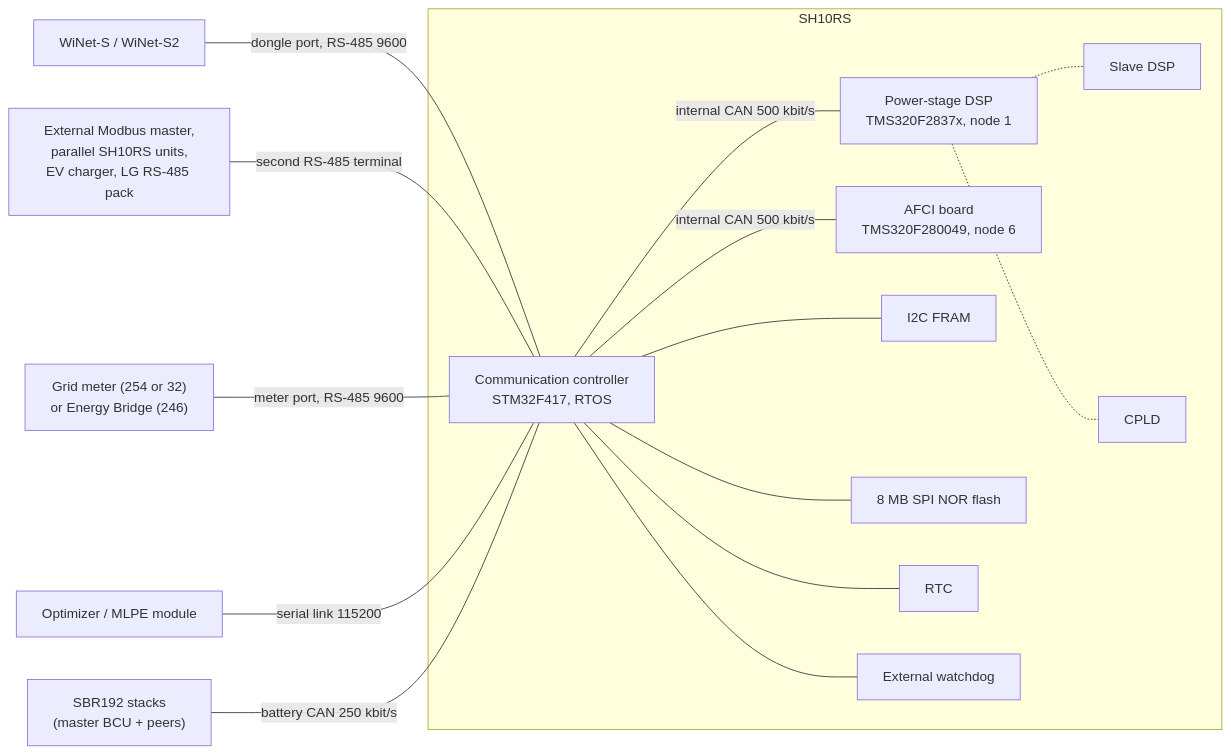
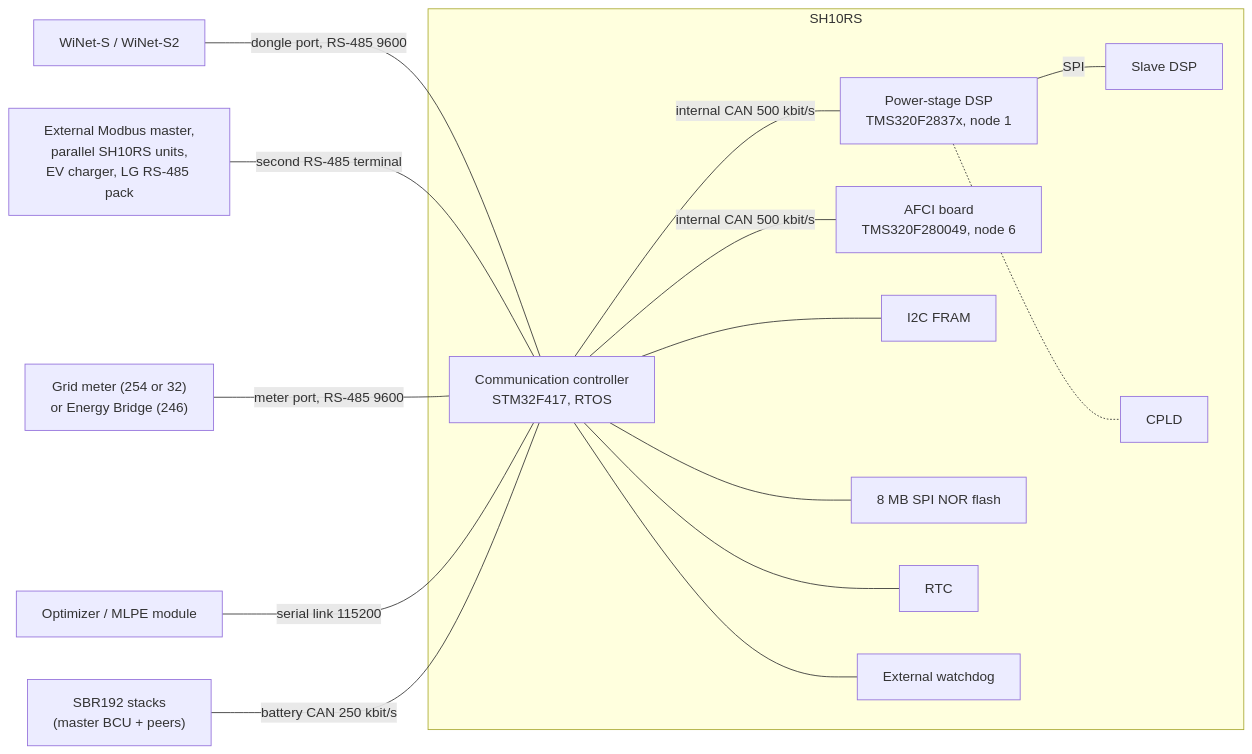
Before and after one commit to NickStallman/SG-Docs: the diagram in reference/devices/sh10rs/architecture.md, drawn with Mermaid. The commit also changed other lines of this file and 21 other files, not shown here.

````diff
--- a/reference/devices/sh10rs/architecture.md
+++ b/reference/devices/sh10rs/architecture.md
@@ -14,32 +14,32 @@
 ```mermaid
 flowchart LR
   dongle["WiNet-S / WiNet-S2"]
   ext["External Modbus master,<br/>parallel SH10RS units,<br/>EV charger, LG RS-485 pack"]
   meter["Grid meter (254 or 32)<br/>or Energy Bridge (246)"]
   mlpe["Optimizer / MLPE module"]
   bcu["SBR192 stacks<br/>(master BCU + peers)"]
   subgraph inv["SH10RS"]
     arm["Communication controller<br/>STM32F417, RTOS"]
     dsp["Power-stage DSP<br/>TMS320F2837x, node 1"]
     sdsp["Slave DSP"]
     cpld["CPLD"]
     afci["AFCI board<br/>TMS320F280049, node 6"]
     fram["I2C FRAM"]
     nor["8 MB SPI NOR flash"]
     rtc["RTC"]
     wdt["External watchdog"]
   end
   dongle ---|"dongle port, RS-485 9600"| arm
   ext ---|"second RS-485 terminal"| arm
   meter ---|"meter port, RS-485 9600"| arm
   mlpe ---|"serial link 115200"| arm
   bcu ---|"battery CAN 250 kbit/s"| arm
   arm ---|"internal CAN 500 kbit/s"| dsp
   arm ---|"internal CAN 500 kbit/s"| afci
-  dsp -.- sdsp
+  dsp ---|"SPI"| sdsp
   dsp -.- cpld
   arm --- fram
   arm --- nor
   arm --- rtc
   arm --- wdt
 ```
````
